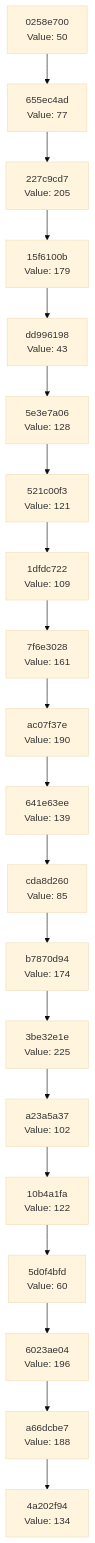
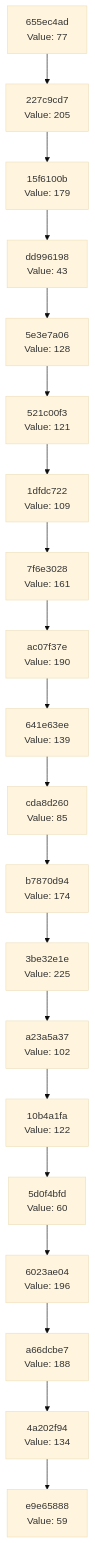
The diagram in docs/CHAIN_VISUALIZATION.md (Abhisheksinha1506/hash-chain-evolver), drawn with Mermaid (base theme) before and after one commit. The commit also changed 2 other files, not shown here.

Commit message:
Evolution step: hash 0x3B → action executed

````diff
--- a/docs/CHAIN_VISUALIZATION.md
+++ b/docs/CHAIN_VISUALIZATION.md
@@ -3,42 +3,42 @@
 ```mermaid
 graph TD
-    C0["4a202f94<br/>Value: 134"]
-    C1["a66dcbe7<br/>Value: 188"]
+    C0["e9e65888<br/>Value: 59"]
+    C1["4a202f94<br/>Value: 134"]
     C1 --> C0
-    C2["6023ae04<br/>Value: 196"]
+    C2["a66dcbe7<br/>Value: 188"]
     C2 --> C1
-    C3["5d0f4bfd<br/>Value: 60"]
+    C3["6023ae04<br/>Value: 196"]
     C3 --> C2
-    C4["10b4a1fa<br/>Value: 122"]
+    C4["5d0f4bfd<br/>Value: 60"]
     C4 --> C3
-    C5["a23a5a37<br/>Value: 102"]
+    C5["10b4a1fa<br/>Value: 122"]
     C5 --> C4
-    C6["3be32e1e<br/>Value: 225"]
+    C6["a23a5a37<br/>Value: 102"]
     C6 --> C5
-    C7["b7870d94<br/>Value: 174"]
+    C7["3be32e1e<br/>Value: 225"]
     C7 --> C6
-    C8["cda8d260<br/>Value: 85"]
+    C8["b7870d94<br/>Value: 174"]
     C8 --> C7
-    C9["641e63ee<br/>Value: 139"]
+    C9["cda8d260<br/>Value: 85"]
     C9 --> C8
-    C10["ac07f37e<br/>Value: 190"]
+    C10["641e63ee<br/>Value: 139"]
     C10 --> C9
-    C11["7f6e3028<br/>Value: 161"]
+    C11["ac07f37e<br/>Value: 190"]
     C11 --> C10
-    C12["1dfdc722<br/>Value: 109"]
+    C12["7f6e3028<br/>Value: 161"]
     C12 --> C11
-    C13["521c00f3<br/>Value: 121"]
+    C13["1dfdc722<br/>Value: 109"]
     C13 --> C12
-    C14["5e3e7a06<br/>Value: 128"]
+    C14["521c00f3<br/>Value: 121"]
     C14 --> C13
-    C15["dd996198<br/>Value: 43"]
+    C15["5e3e7a06<br/>Value: 128"]
     C15 --> C14
-    C16["15f6100b<br/>Value: 179"]
+    C16["dd996198<br/>Value: 43"]
     C16 --> C15
-    C17["227c9cd7<br/>Value: 205"]
+    C17["15f6100b<br/>Value: 179"]
     C17 --> C16
-    C18["655ec4ad<br/>Value: 77"]
+    C18["227c9cd7<br/>Value: 205"]
     C18 --> C17
-    C19["0258e700<br/>Value: 50"]
+    C19["655ec4ad<br/>Value: 77"]
     C19 --> C18
 ```
````
